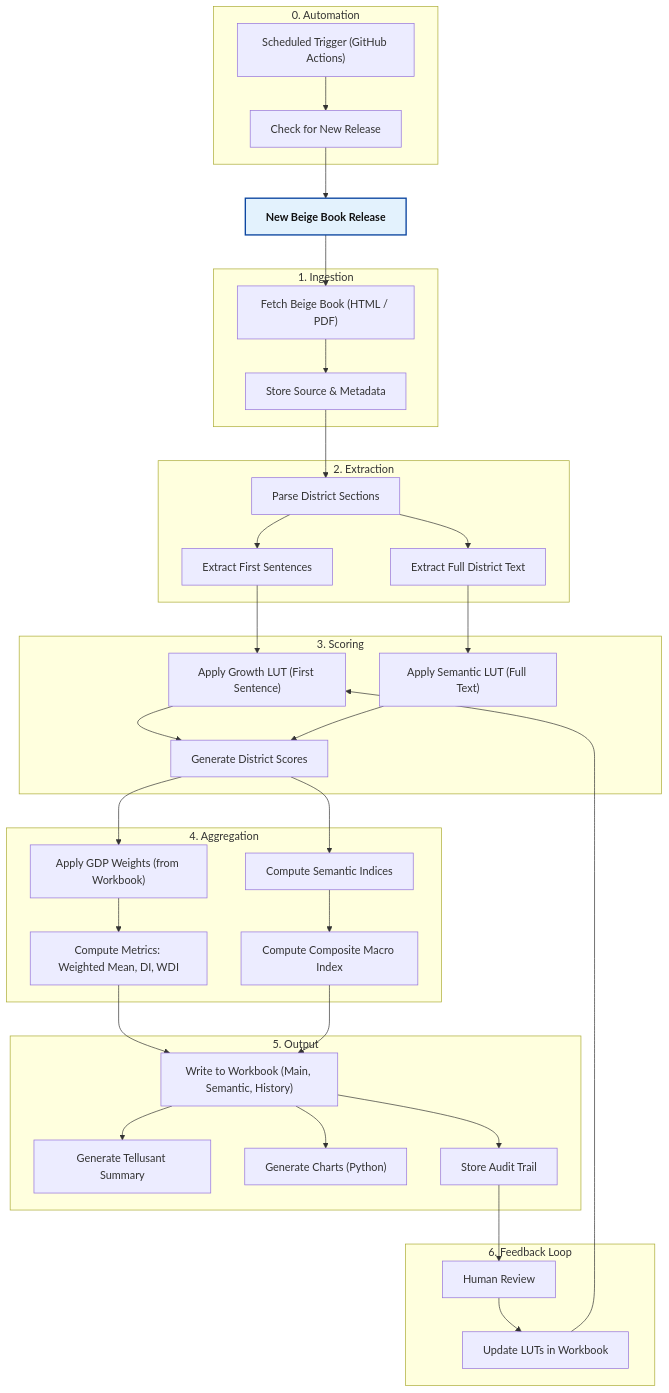
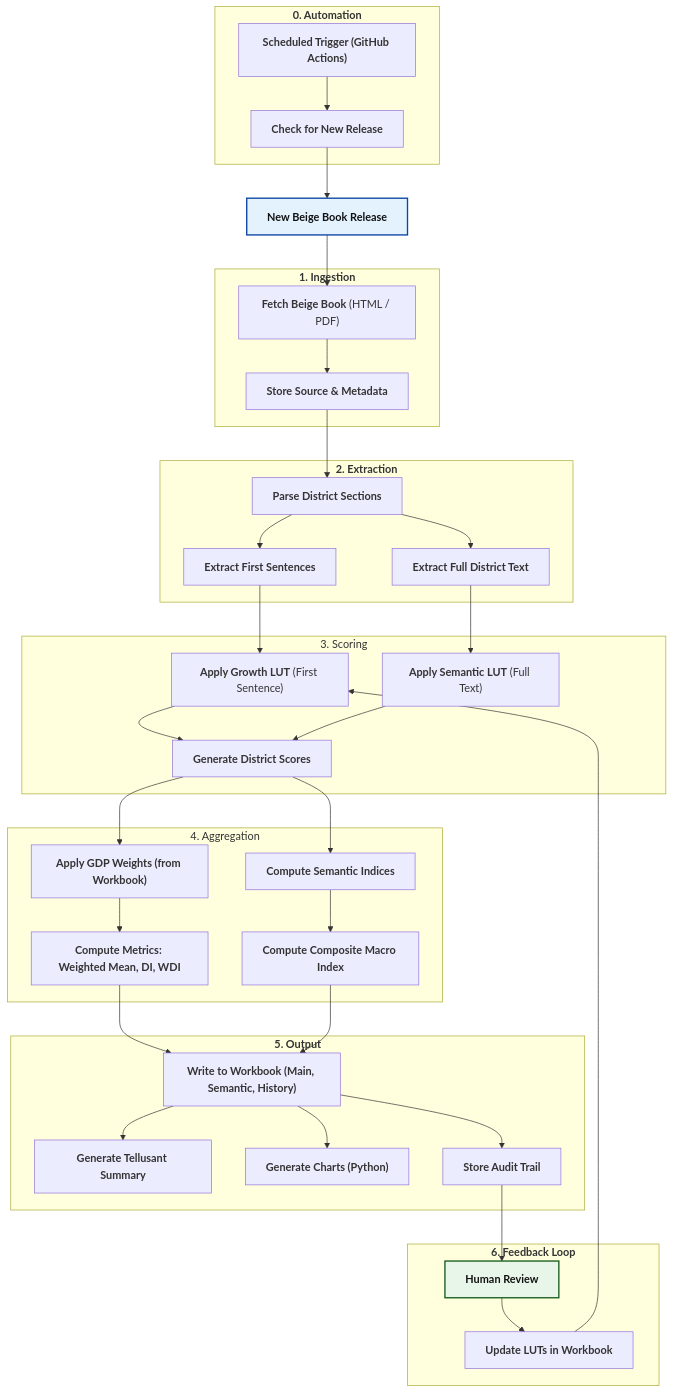
The diagram in articles-posts/fedora.md (scanback/docs), drawn with Mermaid before and after one commit.

```diff
--- a/articles-posts/fedora.md
+++ b/articles-posts/fedora.md
@@ -9,73 +9,73 @@
 <div class="mermaid">
 
 %%{init: {'themeVariables': { 'fontFamily': 'Arial'}}}%%
 
 flowchart TD
 
     A["`**New Beige Book Release**`"]:::blue
 
-    subgraph S1["`1. Ingestion`"]
-        B["`Fetch Beige Book (HTML / PDF)`"]
-        C["`Store Source & Metadata`"]
+    subgraph S1["`**1. Ingestion**`"]
+        B["`**Fetch Beige Book** (HTML / PDF)`"]
+        C["`**Store Source & Metadata**`"]
     end
 
-    subgraph S2["`2. Extraction`"]
-        D["`Parse District Sections`"]
-        E["`Extract First Sentences`"]
-        F["`Extract Full District Text`"]
+    subgraph S2["`**2. Extraction**`"]
+        D["`**Parse District Sections**`"]
+        E["`**Extract First Sentences**`"]
+        F["`**Extract Full District Text**`"]
     end
 
     subgraph S3["3. Scoring"]
-        G["`Apply Growth LUT (First Sentence)`"]
-        H["`Apply Semantic LUT (Full Text)`"]
-        I["`Generate District Scores`"]
+        G["`**Apply Growth LUT** (First Sentence)`"]
+        H["`**Apply Semantic LUT** (Full Text)`"]
+        I["`**Generate District Scores**`"]
     end
 
     subgraph S4["`4. Aggregation`"]
-        J["`Apply GDP Weights (from Workbook)`"]
-        K["`Compute Metrics: Weighted Mean, DI, WDI`"]
-        L["`Compute Semantic Indices`"]
-        M["`Compute Composite Macro Index`"]
+        J["`**Apply GDP Weights (from Workbook)**`"]
+        K["`**Compute Metrics: Weighted Mean, DI, WDI**`"]
+        L["`**Compute Semantic Indices**`"]
+        M["`**Compute Composite Macro Index**`"]
     end
 
-    subgraph S5["`5. Output`"]
-        N["`Write to Workbook (Main, Semantic, History)`"]
-        O["`Generate Tellusant Summary`"]
-        P["`Generate Charts (Python)`"]
-        Q["`Store Audit Trail`"]
+    subgraph S5["`**5. Output**`"]
+        N["`**Write to Workbook (Main, Semantic, History)**`"]
+        O["`**Generate Tellusant Summary**`"]
+        P["`**Generate Charts (Python)**`"]
+        Q["`**Store Audit Trail**`"]
     end
 
-    subgraph S6["`0. Automation`"]
-        R["`Scheduled Trigger (GitHub Actions)`"]
-        S["`Check for New Release`"]
+    subgraph S6["`**0. Automation**`"]
+        R["`**Scheduled Trigger (GitHub Actions)**`"]
+        S["`**Check for New Release**`"]
     end
 
-    subgraph S7["`6. Feedback Loop`"]
-        T["`Human Review`"]
-        U["`Update LUTs in Workbook`"]
+    subgraph S7["`**6. Feedback Loop**`"]
+        T["`**Human Review**`"]:::green
+        U["`**Update LUTs in Workbook**`"]
     end
 
     R --> S --> A
     A --> B --> C --> D --> E
     D --> F
     E --> G --> I
     F --> H --> I
     I --> J --> K
     I --> L --> M
     K --> N
     M --> N
     N --> O
     N --> P
     N --> Q
     Q --> T --> U --> G
 
 %% ========= STYLES =========
 classDef green   fill:#E8F5E9,stroke:#1B5E20,stroke-width:2px,color:#111;
 classDef blue    fill:#E3F2FD,stroke:#0D47A1,stroke-width:2px,color:#111;
 classDef orange  fill:#FFF8E1,stroke:#FF6F00,stroke-width:2px,color:#111;
 classDef red     fill:#FDECEA,stroke:#B71C1C,stroke-width:2px,color:#111;
 classDef grey    fill:#F5F5F5,stroke:#424242,stroke-width:2px,color:#111;
 classDef base    fill:#ECECFF,stroke:#9370DB,stroke-width:2px,color:#111;
 classDef clear   fill:transparent,stroke:transparent;
 
     </div>
```
